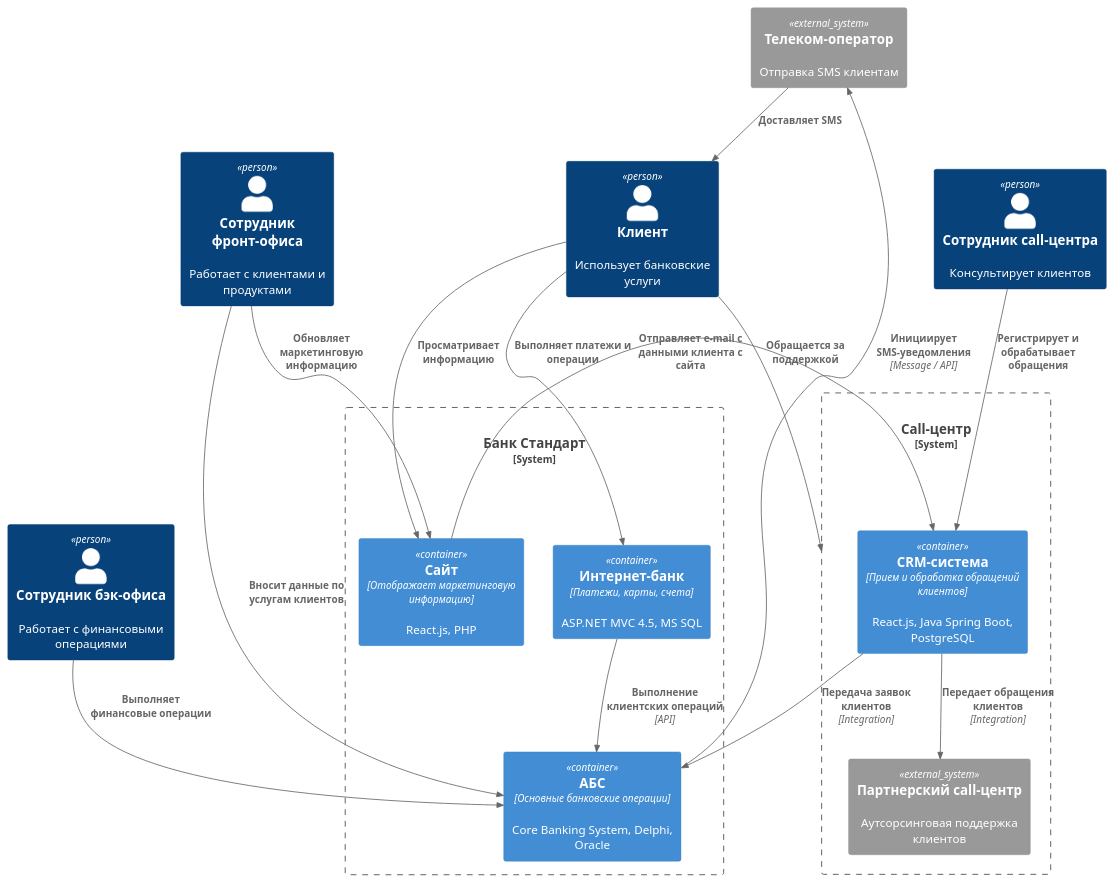
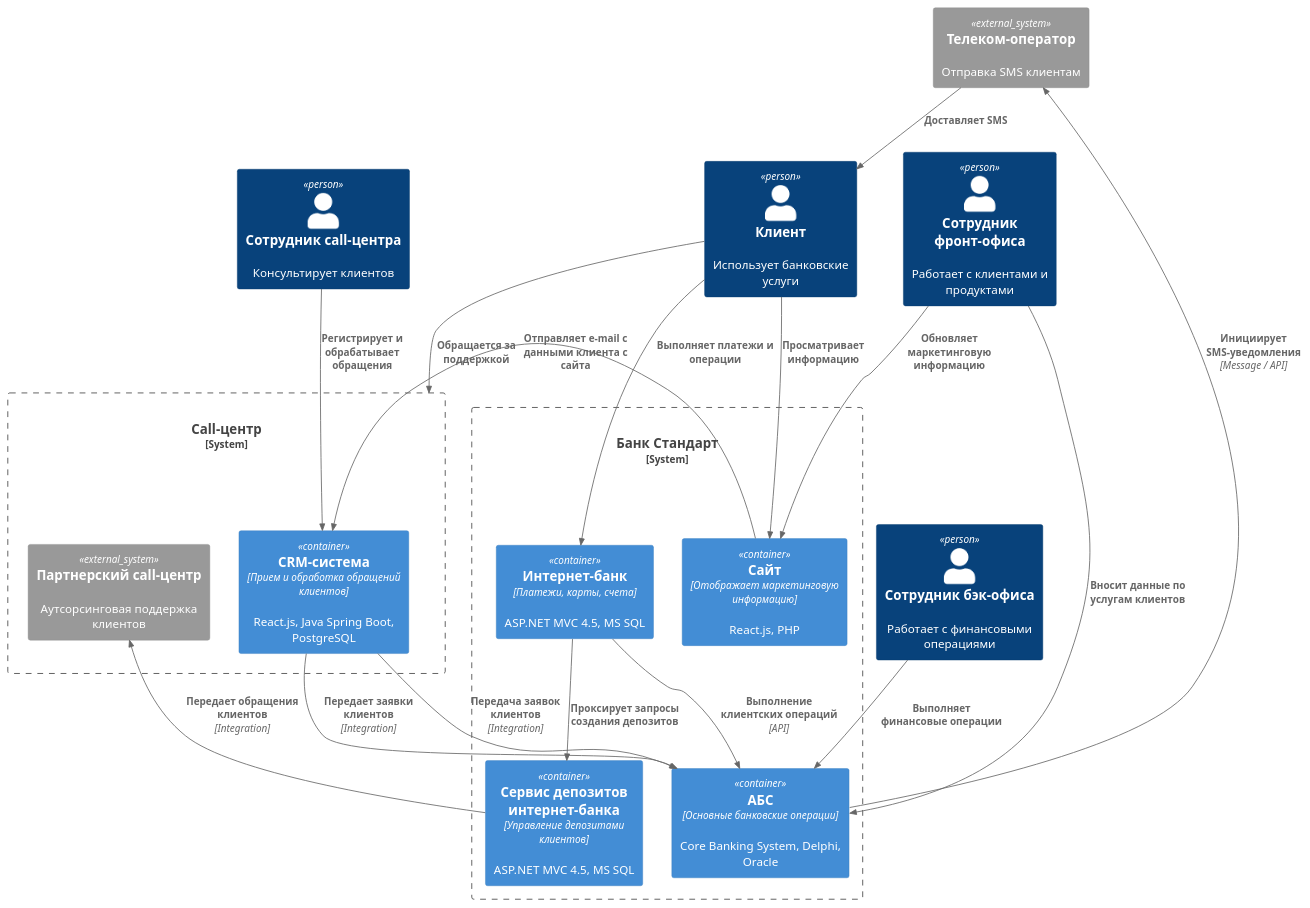
One commit to mayflowwer/architecture-standart changed the diagram in Task3/c4_container.puml. Above: the diagram before and after it, drawn with PlantUML. The commit also changed 9 other files, not shown here.

Commit message:
roadmap added to task4 dir

```diff
--- a/Task3/c4_container.puml
+++ b/Task3/c4_container.puml
@@ -1,42 +1,46 @@
 @startuml
 !include <C4/C4_Container.puml>
 
 Person(client, "Клиент", "Использует банковские услуги")
 Person(front_office_specialist, "Сотрудник фронт-офиса", "Работает с клиентами и продуктами")
 Person(back_office_specialist, "Сотрудник бэк-офиса", "Работает с финансовыми операциями")
 Person(call_center_specialist, "Сотрудник call-центра", "Консультирует клиентов")
 
 System_Boundary(bank, "Банк Стандарт", "Банковская ИТ-система") {
     Container(site, "Сайт", "Отображает маркетинговую информацию", "React.js, PHP")
     Container(internet_bank, "Интернет-банк", "Платежи, карты, счета", "ASP.NET MVC 4.5, MS SQL")
+    Container(depositsService, "Сервис депозитов интернет-банка", "Управление депозитами клиентов", "ASP.NET MVC 4.5, MS SQL")
     Container(abs, "АБС", "Основные банковские операции", "Core Banking System, Delphi, Oracle")
     ' Container(telecom_gate, "SMS-шлюз", "Отправка SMS-уведомлений клиентам", "Integration Service")
 }
 
 System_Boundary(call_center_system, "Call-центр", "Система клиентской поддержки") {
     Container(crm, "CRM-система", "Прием и обработка обращений клиентов", "React.js, Java Spring Boot, PostgreSQL")
     System_Ext(partner_call_center, "Партнерский call-центр", "Аутсорсинговая поддержка клиентов")    
 }
 
 System_Ext(telecom_operator, "Телеком-оператор", "Отправка SMS клиентам")
 
 Rel(client, site, "Просматривает информацию")
 Rel(client, internet_bank, "Выполняет платежи и операции")
 Rel(client, call_center_system, "Обращается за поддержкой")
 
 Rel(call_center_specialist, crm, "Регистрирует и обрабатывает обращения")
 Rel(front_office_specialist, site, "Обновляет маркетинговую информацию")
 Rel(front_office_specialist, abs, "Вносит данные по услугам клиентов")
 Rel(back_office_specialist, abs, "Выполняет финансовые операции")
 
 Rel(internet_bank, abs, "Выполнение клиентских операций", "API")
 Rel(crm, abs, "Передача заявок клиентов", "Integration")
 
 Rel(abs, telecom_operator, "Инициирует SMS-уведомления", "Message / API")
 Rel(telecom_operator, client, "Доставляет SMS")
 
-Rel(crm, partner_call_center, "Передает обращения клиентов", "Integration")
+Rel(crm, abs, "Передает заявки клиентов", "Integration")
+Rel(depositsService, partner_call_center, "Передает обращения клиентов", "Integration")
 
 Rel(site, crm, "Отправляет e-mail с данными клиента с сайта")
 
+Rel(internet_bank, depositsService, "Проксирует запросы создания депозитов")
+
 @enduml
```
